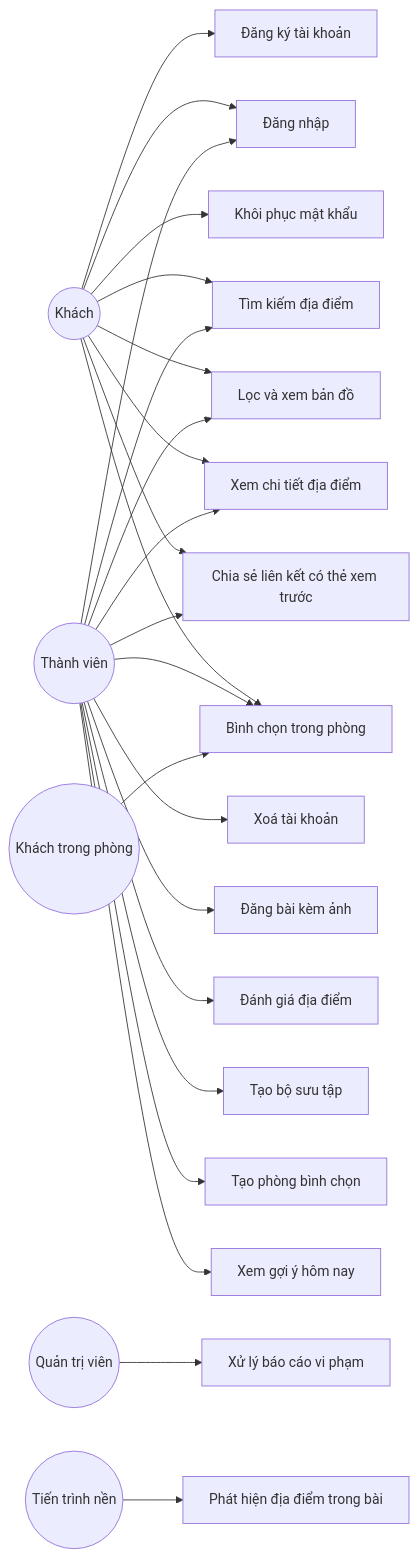
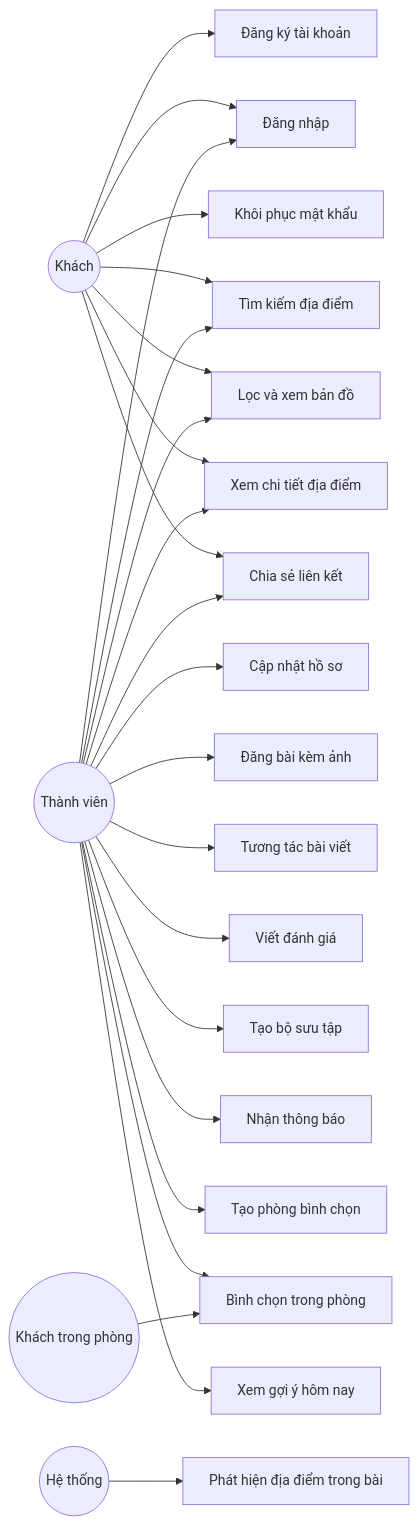
Before and after one commit to longqt321/Rendez-PBL6: the first of 13 diagrams in docs/bao-cao/BAO-CAO-DO-AN.md, drawn with Mermaid. The commit also changed other lines of this file and 6 other files, not shown here.

First line of the commit message:
docs(report): bổ sung 6 ảnh giao diện thực tế và hoàn thiện báo cáo

````diff
--- a/docs/bao-cao/BAO-CAO-DO-AN.md
+++ b/docs/bao-cao/BAO-CAO-DO-AN.md
@@ -378,51 +331,49 @@
 ```mermaid
 flowchart LR
     Guest(("Khách"))
     Member(("Thành viên"))
     RoomGuest(("Khách trong phòng"))
-    Admin(("Quản trị viên"))
-    Worker(("Tiến trình nền"))
+    Sys(("Hệ thống"))
 
     UC01["Đăng ký tài khoản"]
     UC02["Đăng nhập"]
     UC03["Khôi phục mật khẩu"]
-    UC04["Xoá tài khoản"]
+    UC04["Cập nhật hồ sơ"]
     UC05["Tìm kiếm địa điểm"]
     UC06["Lọc và xem bản đồ"]
     UC07["Xem chi tiết địa điểm"]
     UC08["Đăng bài kèm ảnh"]
-    UC09["Đánh giá địa điểm"]
-    UC10["Tạo bộ sưu tập"]
-    UC11["Tạo phòng bình chọn"]
-    UC12["Bình chọn trong phòng"]
-    UC13["Xem gợi ý hôm nay"]
-    UC14["Chia sẻ liên kết có thẻ xem trước"]
-    UC15["Xử lý báo cáo vi phạm"]
-    UC16["Phát hiện địa điểm trong bài"]
+    UC09["Tương tác bài viết"]
+    UC10["Viết đánh giá"]
+    UC11["Tạo bộ sưu tập"]
+    UC12["Nhận thông báo"]
+    UC13["Tạo phòng bình chọn"]
+    UC14["Bình chọn trong phòng"]
+    UC15["Xem gợi ý hôm nay"]
+    UC16["Chia sẻ liên kết"]
+    UC17["Phát hiện địa điểm trong bài"]
 
     Guest --> UC01
     Guest --> UC02
     Guest --> UC03
     Guest --> UC05
     Guest --> UC06
     Guest --> UC07
-    Guest --> UC14
-    Guest --> UC12
-
+    Guest --> UC16
     Member --> UC02
     Member --> UC04
     Member --> UC05
     Member --> UC06
     Member --> UC07
     Member --> UC08
     Member --> UC09
     Member --> UC10
     Member --> UC11
     Member --> UC12
     Member --> UC13
     Member --> UC14
-
-    RoomGuest --> UC12
-    Admin --> UC15
-    Worker --> UC16
+    Member --> UC15
+    Member --> UC16
+    RoomGuest --> UC14
+    Sys --> UC17
 ```
````
